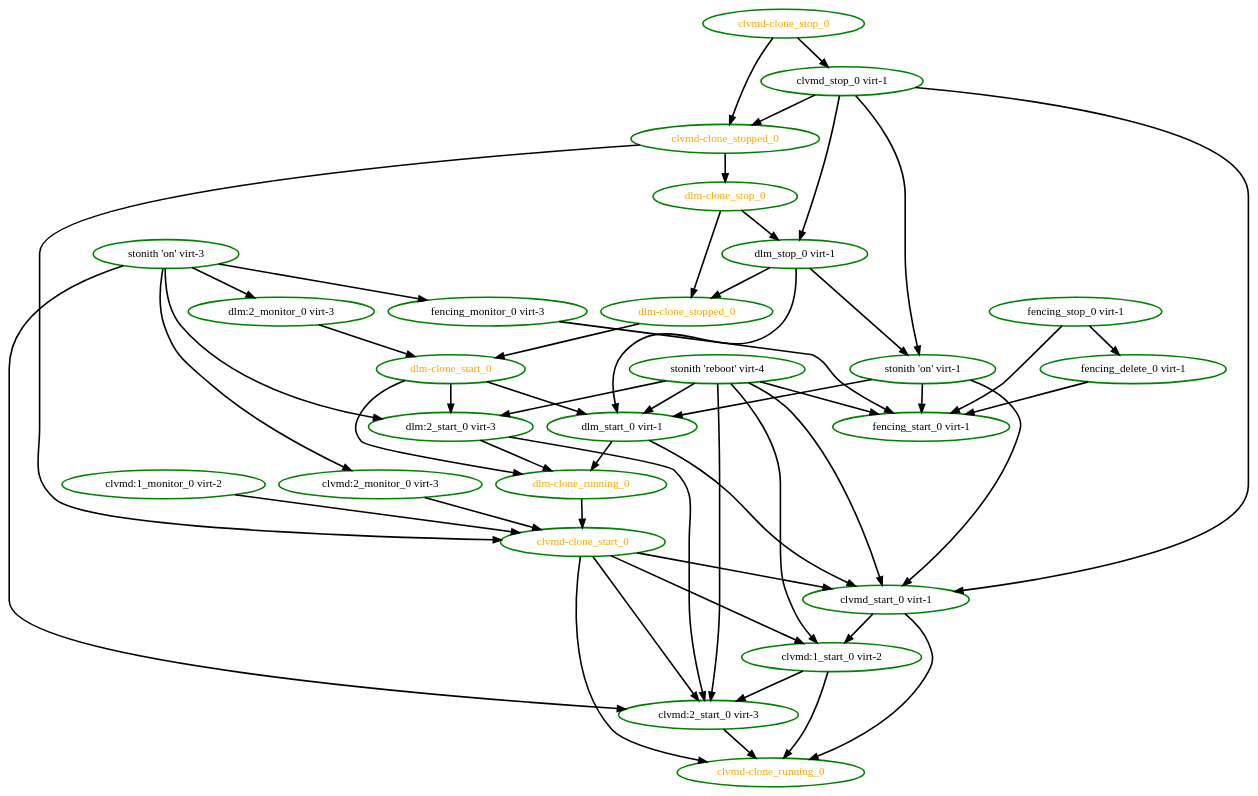
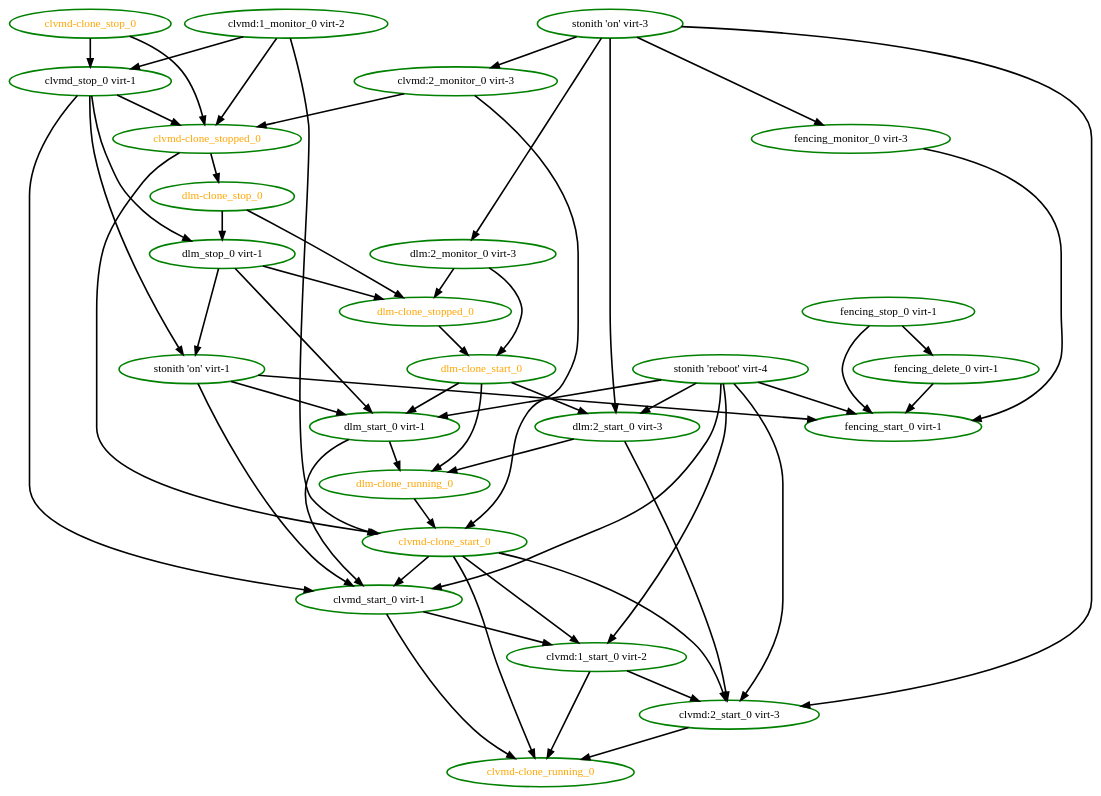
The diagram in cts/scheduler/unfence-definition.dot (ClusterLabs/pacemaker), drawn with Graphviz before and after one commit. The commit also changed 82 other files, not shown here.

```diff
--- a/cts/scheduler/unfence-definition.dot
+++ b/cts/scheduler/unfence-definition.dot
@@ -1,79 +1,83 @@
 digraph "g" {
 "clvmd-clone_running_0" [ style=bold color="green" fontcolor="orange"]
 "clvmd-clone_start_0" -> "clvmd-clone_running_0" [ style = bold]
 "clvmd-clone_start_0" -> "clvmd:1_start_0 virt-2" [ style = bold]
 "clvmd-clone_start_0" -> "clvmd:2_start_0 virt-3" [ style = bold]
 "clvmd-clone_start_0" -> "clvmd_start_0 virt-1" [ style = bold]
 "clvmd-clone_start_0" [ style=bold color="green" fontcolor="orange"]
 "clvmd-clone_stop_0" -> "clvmd-clone_stopped_0" [ style = bold]
 "clvmd-clone_stop_0" -> "clvmd_stop_0 virt-1" [ style = bold]
 "clvmd-clone_stop_0" [ style=bold color="green" fontcolor="orange"]
 "clvmd-clone_stopped_0" -> "clvmd-clone_start_0" [ style = bold]
 "clvmd-clone_stopped_0" -> "dlm-clone_stop_0" [ style = bold]
 "clvmd-clone_stopped_0" [ style=bold color="green" fontcolor="orange"]
 "clvmd:1_monitor_0 virt-2" -> "clvmd-clone_start_0" [ style = bold]
+"clvmd:1_monitor_0 virt-2" -> "clvmd-clone_stopped_0" [ style = bold]
+"clvmd:1_monitor_0 virt-2" -> "clvmd_stop_0 virt-1" [ style = bold]
 "clvmd:1_monitor_0 virt-2" [ style=bold color="green" fontcolor="black"]
 "clvmd:1_start_0 virt-2" -> "clvmd-clone_running_0" [ style = bold]
 "clvmd:1_start_0 virt-2" -> "clvmd:2_start_0 virt-3" [ style = bold]
 "clvmd:1_start_0 virt-2" [ style=bold color="green" fontcolor="black"]
 "clvmd:2_monitor_0 virt-3" -> "clvmd-clone_start_0" [ style = bold]
+"clvmd:2_monitor_0 virt-3" -> "clvmd-clone_stopped_0" [ style = bold]
 "clvmd:2_monitor_0 virt-3" [ style=bold color="green" fontcolor="black"]
 "clvmd:2_start_0 virt-3" -> "clvmd-clone_running_0" [ style = bold]
 "clvmd:2_start_0 virt-3" [ style=bold color="green" fontcolor="black"]
 "clvmd_start_0 virt-1" -> "clvmd-clone_running_0" [ style = bold]
 "clvmd_start_0 virt-1" -> "clvmd:1_start_0 virt-2" [ style = bold]
 "clvmd_start_0 virt-1" [ style=bold color="green" fontcolor="black"]
 "clvmd_stop_0 virt-1" -> "clvmd-clone_stopped_0" [ style = bold]
 "clvmd_stop_0 virt-1" -> "clvmd_start_0 virt-1" [ style = bold]
 "clvmd_stop_0 virt-1" -> "dlm_stop_0 virt-1" [ style = bold]
 "clvmd_stop_0 virt-1" -> "stonith 'on' virt-1" [ style = bold]
 "clvmd_stop_0 virt-1" [ style=bold color="green" fontcolor="black"]
 "dlm-clone_running_0" -> "clvmd-clone_start_0" [ style = bold]
 "dlm-clone_running_0" [ style=bold color="green" fontcolor="orange"]
 "dlm-clone_start_0" -> "dlm-clone_running_0" [ style = bold]
 "dlm-clone_start_0" -> "dlm:2_start_0 virt-3" [ style = bold]
 "dlm-clone_start_0" -> "dlm_start_0 virt-1" [ style = bold]
 "dlm-clone_start_0" [ style=bold color="green" fontcolor="orange"]
 "dlm-clone_stop_0" -> "dlm-clone_stopped_0" [ style = bold]
 "dlm-clone_stop_0" -> "dlm_stop_0 virt-1" [ style = bold]
 "dlm-clone_stop_0" [ style=bold color="green" fontcolor="orange"]
 "dlm-clone_stopped_0" -> "dlm-clone_start_0" [ style = bold]
 "dlm-clone_stopped_0" [ style=bold color="green" fontcolor="orange"]
 "dlm:2_monitor_0 virt-3" -> "dlm-clone_start_0" [ style = bold]
+"dlm:2_monitor_0 virt-3" -> "dlm-clone_stopped_0" [ style = bold]
 "dlm:2_monitor_0 virt-3" [ style=bold color="green" fontcolor="black"]
 "dlm:2_start_0 virt-3" -> "clvmd:2_start_0 virt-3" [ style = bold]
 "dlm:2_start_0 virt-3" -> "dlm-clone_running_0" [ style = bold]
 "dlm:2_start_0 virt-3" [ style=bold color="green" fontcolor="black"]
 "dlm_start_0 virt-1" -> "clvmd_start_0 virt-1" [ style = bold]
 "dlm_start_0 virt-1" -> "dlm-clone_running_0" [ style = bold]
 "dlm_start_0 virt-1" [ style=bold color="green" fontcolor="black"]
 "dlm_stop_0 virt-1" -> "dlm-clone_stopped_0" [ style = bold]
 "dlm_stop_0 virt-1" -> "dlm_start_0 virt-1" [ style = bold]
 "dlm_stop_0 virt-1" -> "stonith 'on' virt-1" [ style = bold]
 "dlm_stop_0 virt-1" [ style=bold color="green" fontcolor="black"]
 "fencing_delete_0 virt-1" -> "fencing_start_0 virt-1" [ style = bold]
 "fencing_delete_0 virt-1" [ style=bold color="green" fontcolor="black"]
 "fencing_monitor_0 virt-3" -> "fencing_start_0 virt-1" [ style = bold]
 "fencing_monitor_0 virt-3" [ style=bold color="green" fontcolor="black"]
 "fencing_start_0 virt-1" [ style=bold color="green" fontcolor="black"]
 "fencing_stop_0 virt-1" -> "fencing_delete_0 virt-1" [ style = bold]
 "fencing_stop_0 virt-1" -> "fencing_start_0 virt-1" [ style = bold]
 "fencing_stop_0 virt-1" [ style=bold color="green" fontcolor="black"]
 "stonith 'on' virt-1" -> "clvmd_start_0 virt-1" [ style = bold]
 "stonith 'on' virt-1" -> "dlm_start_0 virt-1" [ style = bold]
 "stonith 'on' virt-1" -> "fencing_start_0 virt-1" [ style = bold]
 "stonith 'on' virt-1" [ style=bold color="green" fontcolor="black"]
 "stonith 'on' virt-3" -> "clvmd:2_monitor_0 virt-3" [ style = bold]
 "stonith 'on' virt-3" -> "clvmd:2_start_0 virt-3" [ style = bold]
 "stonith 'on' virt-3" -> "dlm:2_monitor_0 virt-3" [ style = bold]
 "stonith 'on' virt-3" -> "dlm:2_start_0 virt-3" [ style = bold]
 "stonith 'on' virt-3" -> "fencing_monitor_0 virt-3" [ style = bold]
 "stonith 'on' virt-3" [ style=bold color="green" fontcolor="black"]
 "stonith 'reboot' virt-4" -> "clvmd:1_start_0 virt-2" [ style = bold]
 "stonith 'reboot' virt-4" -> "clvmd:2_start_0 virt-3" [ style = bold]
 "stonith 'reboot' virt-4" -> "clvmd_start_0 virt-1" [ style = bold]
 "stonith 'reboot' virt-4" -> "dlm:2_start_0 virt-3" [ style = bold]
 "stonith 'reboot' virt-4" -> "dlm_start_0 virt-1" [ style = bold]
 "stonith 'reboot' virt-4" -> "fencing_start_0 virt-1" [ style = bold]
 "stonith 'reboot' virt-4" [ style=bold color="green" fontcolor="black"]
 }
```
